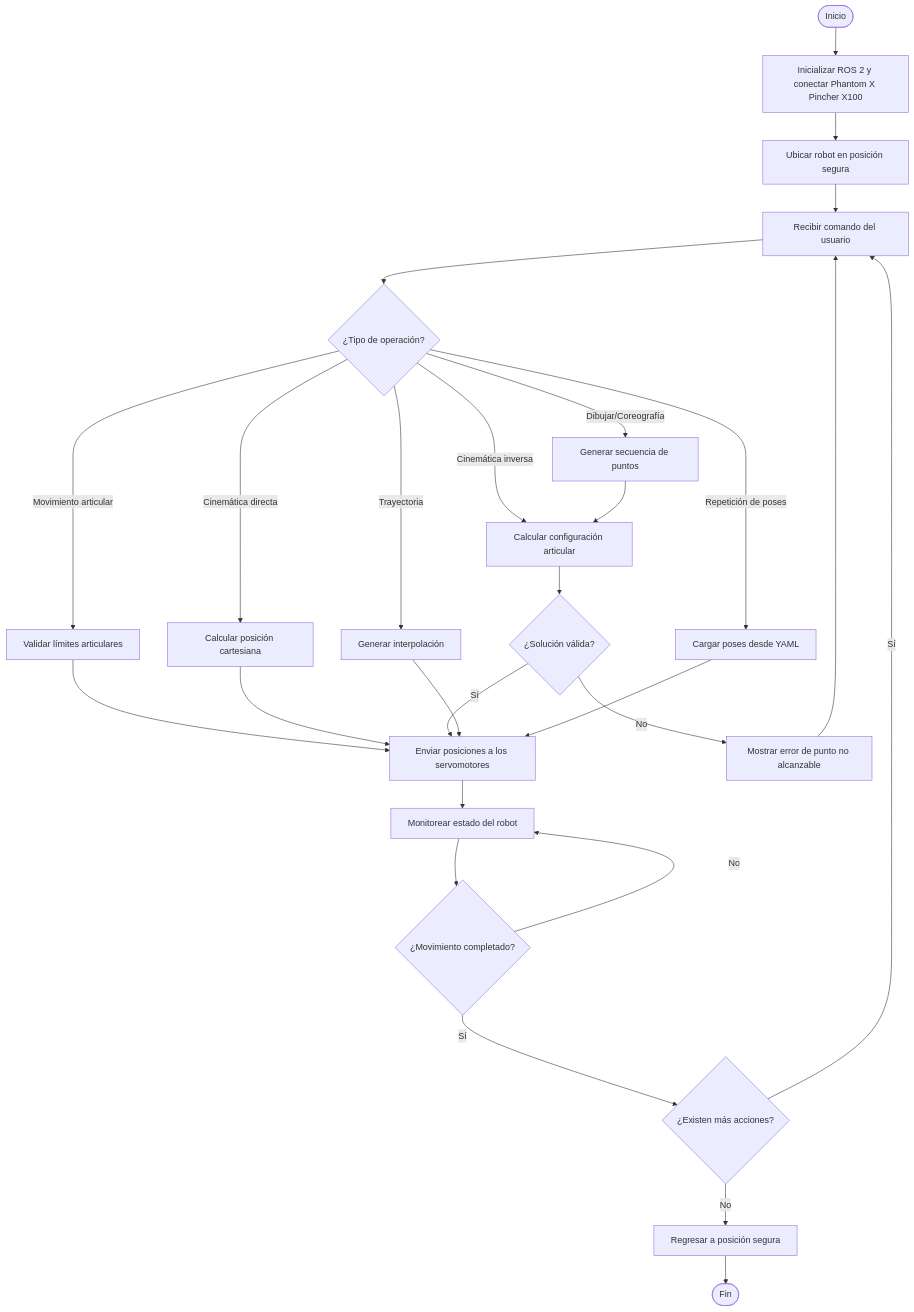
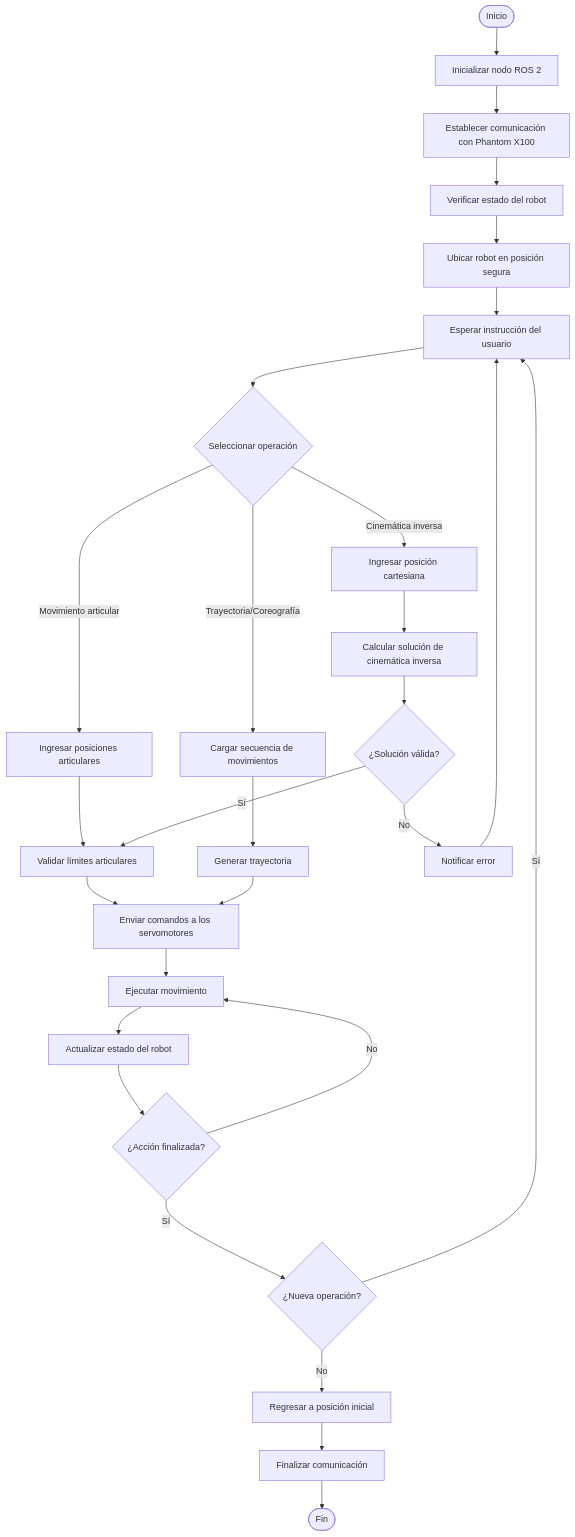
The diagram in Laboratorio No. 05 - Robótica de Desarrollo ROS Jazzy y Phantom Pincher X100/README.MD (labsir-un/Robotica-2026-I-Equipo-3B-Bojaca-Morillo), drawn with Mermaid before and after one commit.

````diff
--- a/Laboratorio No. 05 - Robótica de Desarrollo ROS Jazzy y Phantom Pincher X100/README.MD
+++ b/Laboratorio No. 05 - Robótica de Desarrollo ROS Jazzy y Phantom Pincher X100/README.MD
@@ -13,36 +13,39 @@
 ```mermaid
 flowchart TD
-    A([Inicio]) --> B[Inicializar ROS 2 y conectar Phantom X Pincher X100]
-    B --> C[Ubicar robot en posición segura]
-    C --> D[Recibir comando del usuario]
+    A([Inicio]) --> B[Inicializar nodo ROS 2]
+    B --> C[Establecer comunicación con Phantom X100]
+    C --> D[Verificar estado del robot]
+    D --> E[Ubicar robot en posición segura]
 
-    D --> E{¿Tipo de operación?}
+    E --> F[Esperar instrucción del usuario]
 
-    E -->|Movimiento articular| F[Validar límites articulares]
-    E -->|Cinemática directa| G[Calcular posición cartesiana]
-    E -->|Cinemática inversa| H[Calcular configuración articular]
-    E -->|Trayectoria| I[Generar interpolación]
-    E -->|Repetición de poses| J[Cargar poses desde YAML]
-    E -->|Dibujar/Coreografía| K[Generar secuencia de puntos]
+    F --> G{Seleccionar operación}
 
-    F --> L[Enviar posiciones a los servomotores]
-    G --> L
-    H --> M{¿Solución válida?}
-    M -->|Sí| L
-    M -->|No| N[Mostrar error de punto no alcanzable]
-    N --> D
+    G -->|Movimiento articular| H[Ingresar posiciones articulares]
+    G -->|Cinemática inversa| I[Ingresar posición cartesiana]
+    G -->|Trayectoria/Coreografía| J[Cargar secuencia de movimientos]
 
-    I --> L
-    J --> L
-    K --> H
+    H --> K[Validar límites articulares]
+    I --> L[Calcular solución de cinemática inversa]
+    J --> M[Generar trayectoria]
 
-    L --> O[Monitorear estado del robot]
-    O --> P{¿Movimiento completado?}
+    L --> N{¿Solución válida?}
+    N -->|No| O[Notificar error]
+    O --> F
+    N -->|Sí| K
 
-    P -->|No| O
-    P -->|Sí| Q{¿Existen más acciones?}
+    K --> P[Enviar comandos a los servomotores]
+    M --> P
 
-    Q -->|Sí| D
-    Q -->|No| R[Regresar a posición segura]
-    R --> S([Fin])
+    P --> Q[Ejecutar movimiento]
+    Q --> R[Actualizar estado del robot]
+
+    R --> S{¿Acción finalizada?}
+    S -->|No| Q
+    S -->|Sí| T{¿Nueva operación?}
+
+    T -->|Sí| F
+    T -->|No| U[Regresar a posición inicial]
+    U --> V[Finalizar comunicación]
+    V --> W([Fin])
 ```
````
